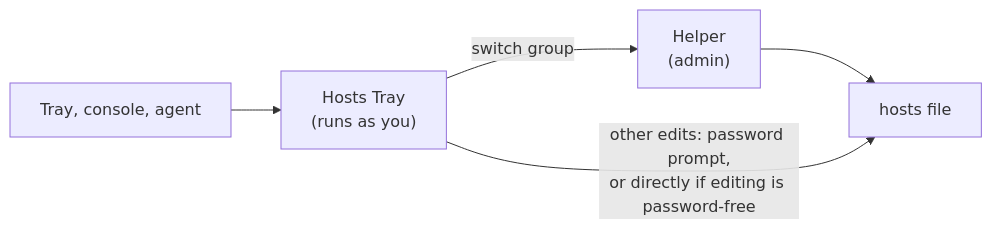
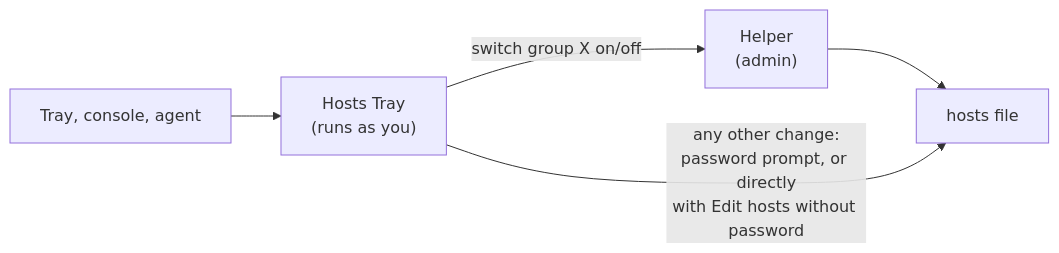
One commit to maxmart/hoststray changed the second of 2 diagrams in README.md. Above: the diagram before and after it, drawn with Mermaid. The commit also changed other lines of this file and 1 other file, not shown here.

First line of the commit message:
README: tray GIF up top, lead with what sets Hosts Tray apart, security

````diff
--- a/README.md
+++ b/README.md
@@ -173,7 +293,7 @@
 ```mermaid
 flowchart LR
     T["Tray, console, agent"] --> A["Hosts Tray<br/>(runs as you)"]
-    A -- "switch group" --> H["Helper<br/>(admin)"]
+    A -- "switch group X on/off" --> H["Helper<br/>(admin)"]
     H --> F["hosts file"]
-    A -- "other edits: password prompt,<br/>or directly if editing is password-free" --> F
+    A -- "any other change:<br/>password prompt, or directly<br/>with Edit hosts without password" --> F
 ```
````
